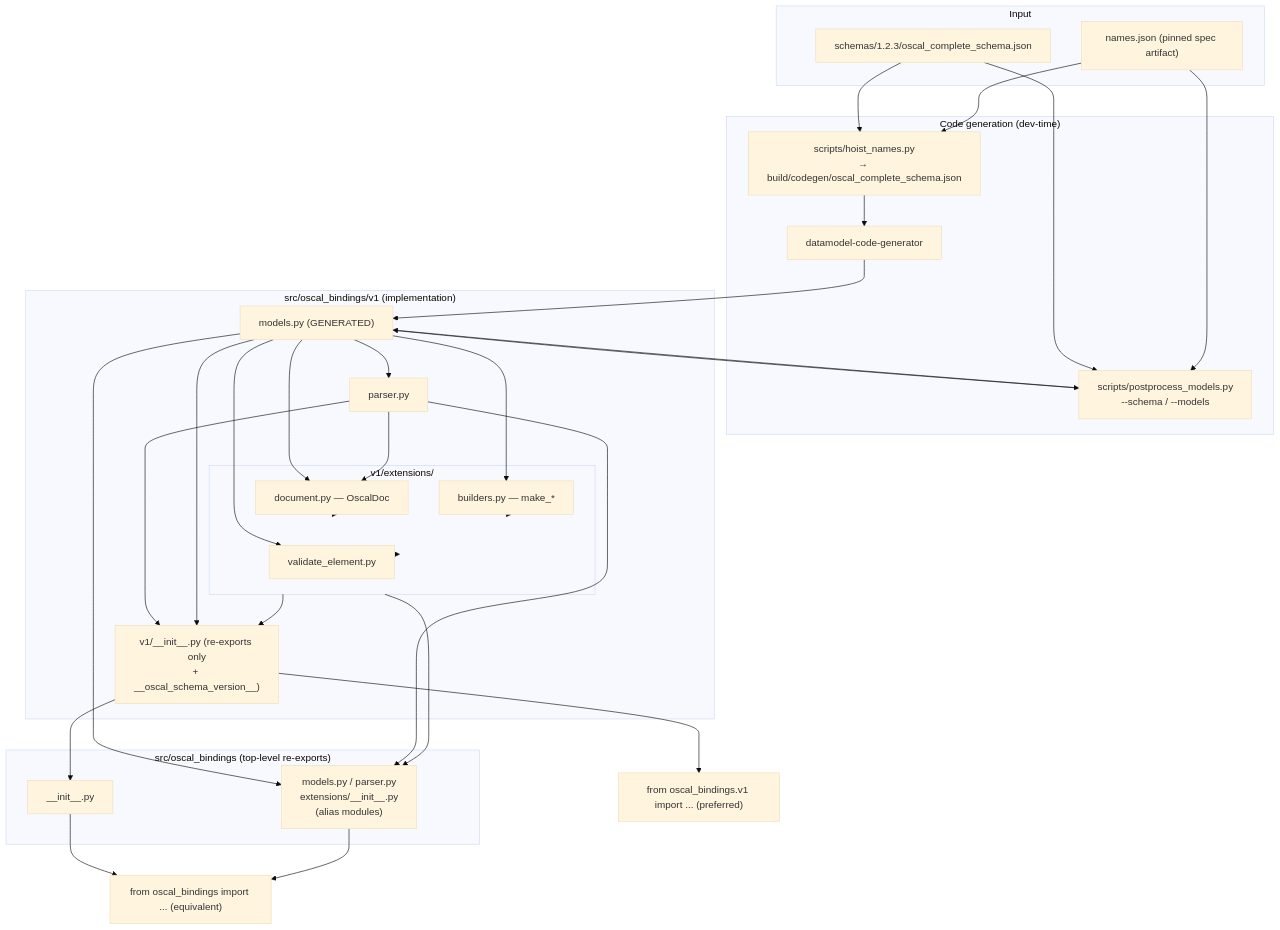
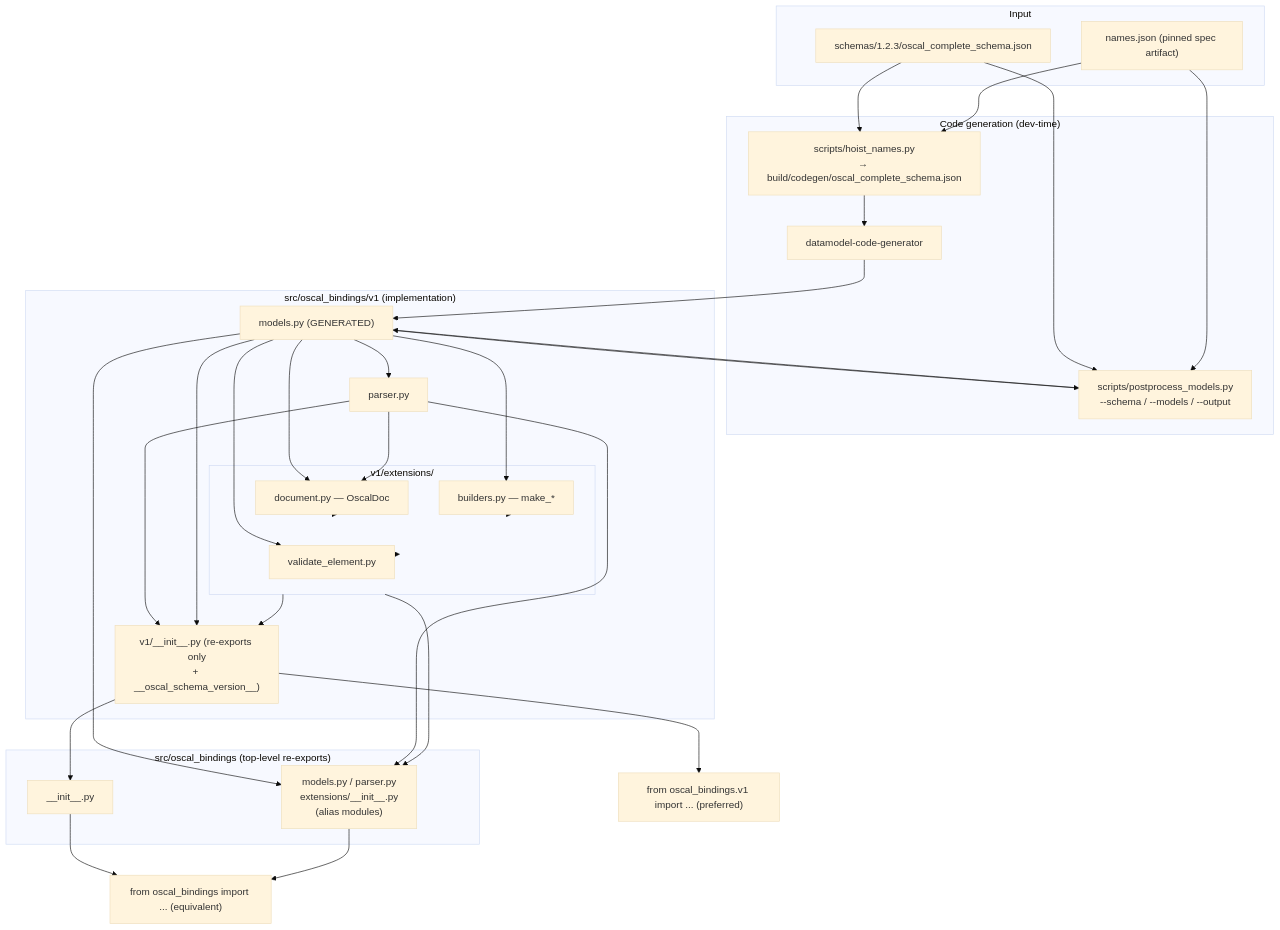
One commit to cairn-proofs/oscal-bindings-python changed the diagram in .agents/summary/codebase_info.md. Above: the diagram before and after it, drawn with Mermaid (base theme). The commit also changed other lines of this file and 21 other files, not shown here.

````diff
--- a/.agents/summary/codebase_info.md
+++ b/.agents/summary/codebase_info.md
@@ -89,51 +89,51 @@
 ```mermaid
 graph TD
     subgraph Input
         SCHEMA["schemas/1.2.3/oscal_complete_schema.json"]
         NAMES["names.json (pinned spec artifact)"]
     end
     subgraph Codegen["Code generation (dev-time)"]
         HOIST["scripts/hoist_names.py<br/>→ build/codegen/oscal_complete_schema.json"]
         DCG["datamodel-code-generator"]
-        PP["scripts/postprocess_models.py<br/>--schema / --models"]
+        PP["scripts/postprocess_models.py<br/>--schema / --models / --output"]
     end
     subgraph V1["src/oscal_bindings/v1 (implementation)"]
         MODELS["models.py (GENERATED)"]
         PARSER["parser.py"]
         INIT["v1/__init__.py (re-exports only<br/>+ __oscal_schema_version__)"]
         subgraph Ext["v1/extensions/"]
             DOC["document.py — OscalDoc"]
             BLD["builders.py — make_*"]
             VAL["validate_element.py"]
         end
     end
     subgraph Shim["src/oscal_bindings (top-level re-exports)"]
         TOP["__init__.py"]
         ALIAS["models.py / parser.py<br/>extensions/__init__.py<br/>(alias modules)"]
     end
     NEW["from oscal_bindings.v1 import ... (preferred)"]
     OLD["from oscal_bindings import ... (equivalent)"]
 
     SCHEMA --> HOIST
     NAMES --> HOIST --> DCG --> MODELS
     SCHEMA --> PP
     NAMES --> PP
     MODELS --> PP --> MODELS
     MODELS --> PARSER
     MODELS --> DOC
     MODELS --> BLD
     MODELS --> VAL
     PARSER --> DOC
     PARSER --> INIT
     DOC --> Ext
     BLD --> Ext
     VAL --> Ext
     Ext --> INIT
     MODELS --> INIT
     INIT --> NEW
     INIT --> TOP --> OLD
     MODELS --> ALIAS
     PARSER --> ALIAS
     Ext --> ALIAS
     ALIAS --> OLD
 ```
````
